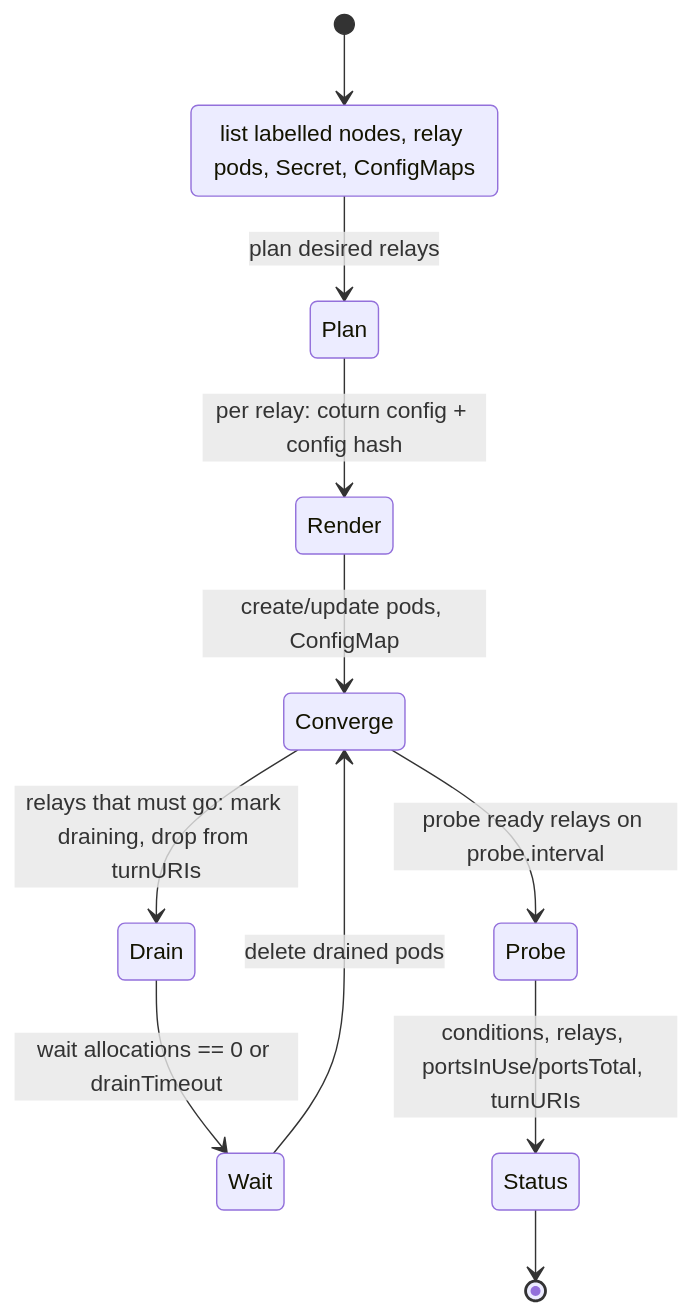
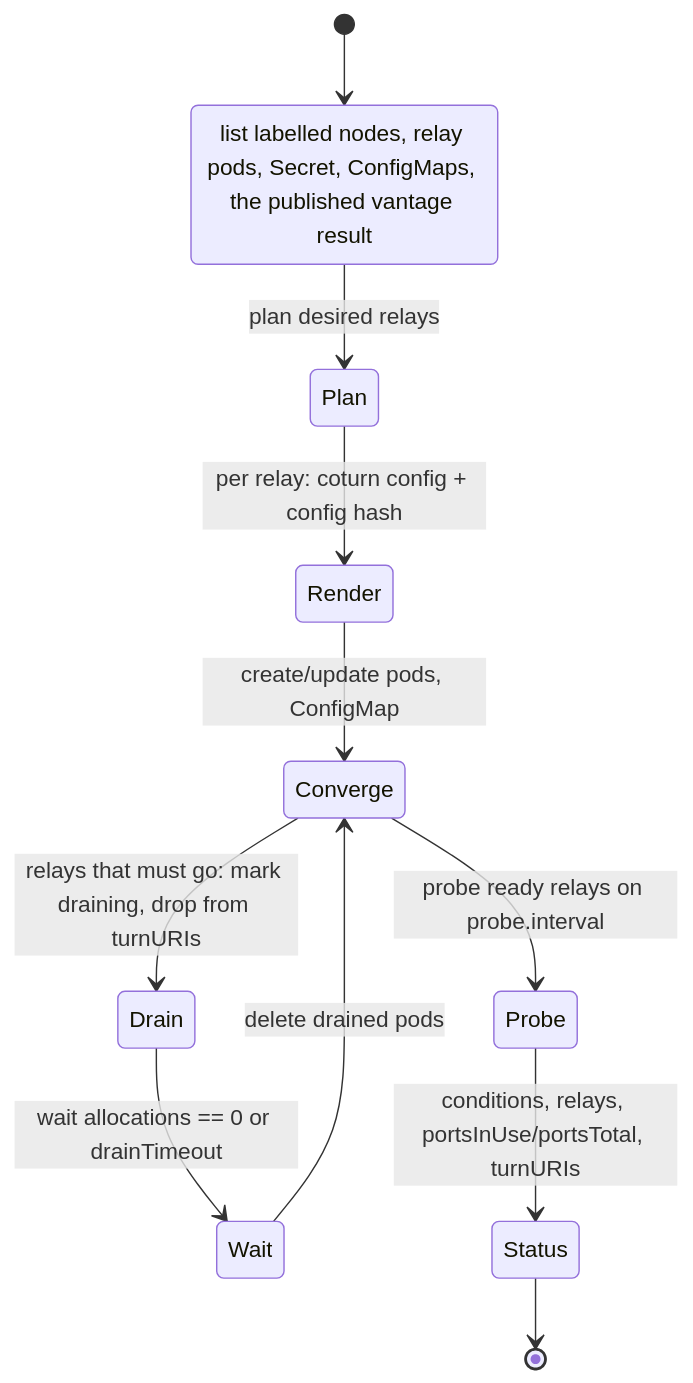
One commit to Hazmi35/turnfleet changed the second of 2 diagrams in docs/architecture.md. Above: the diagram before and after it, drawn with Mermaid. The commit also changed other lines of this file and 6 other files, not shown here.

````diff
--- a/docs/architecture.md
+++ b/docs/architecture.md
@@ -64,14 +66,14 @@
 ```mermaid
 stateDiagram-v2
   [*] --> Observe
-  Observe: list labelled nodes, relay pods, Secret, ConfigMaps
+  Observe: list labelled nodes, relay pods, Secret, ConfigMaps, the published vantage result
   Observe --> Plan: plan desired relays
   Plan --> Render: per relay: coturn config + config hash
   Render --> Converge: create/update pods, ConfigMap
   Converge --> Drain: relays that must go: mark draining, drop from turnURIs
   Drain --> Wait: wait allocations == 0 or drainTimeout
   Wait --> Converge: delete drained pods
   Converge --> Probe: probe ready relays on probe.interval
   Probe --> Status: conditions, relays, portsInUse/portsTotal, turnURIs
   Status --> [*]
 ```
````
